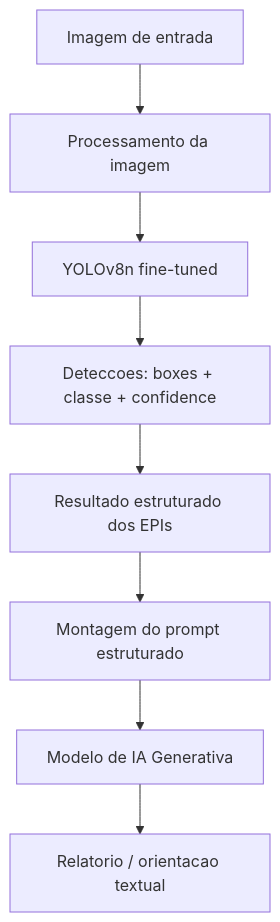
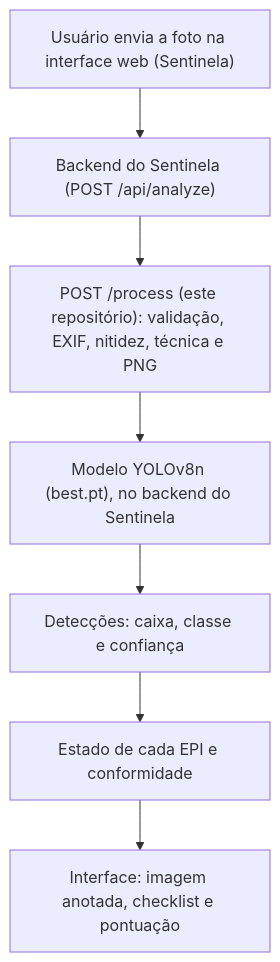
One commit to Projeto-Semestre-6/epi-computer-vision-genai changed the third of 3 diagrams in README.md. Above: the diagram before and after it, drawn with Mermaid. The commit also changed other lines of this file and 1 other file, not shown here.

Commit message:
chore: README e contrato da API atualizados para a entrega de Processamento de Imagens

````diff
--- a/README.md
+++ b/README.md
@@ -243,10 +275,9 @@
 ```mermaid
 flowchart TD
-    A[Imagem de entrada] --> B[Processamento da imagem]
-    B --> C[YOLOv8n fine-tuned]
-    C --> D[Deteccoes: boxes + classe + confidence]
-    D --> E[Resultado estruturado dos EPIs]
-    E --> F[Montagem do prompt estruturado]
-    F --> G[Modelo de IA Generativa]
-    G --> H[Relatorio / orientacao textual]
+    A["Usuário envia a foto na interface web (Sentinela)"] --> B["Backend do Sentinela (POST /api/analyze)"]
+    B --> C["POST /process (este repositório): validação, EXIF, nitidez, técnica e PNG"]
+    C --> D["Modelo YOLOv8n (best.pt), no backend do Sentinela"]
+    D --> E["Detecções: caixa, classe e confiança"]
+    E --> F["Estado de cada EPI e conformidade"]
+    F --> G["Interface: imagem anotada, checklist e pontuação"]
 ```
````
